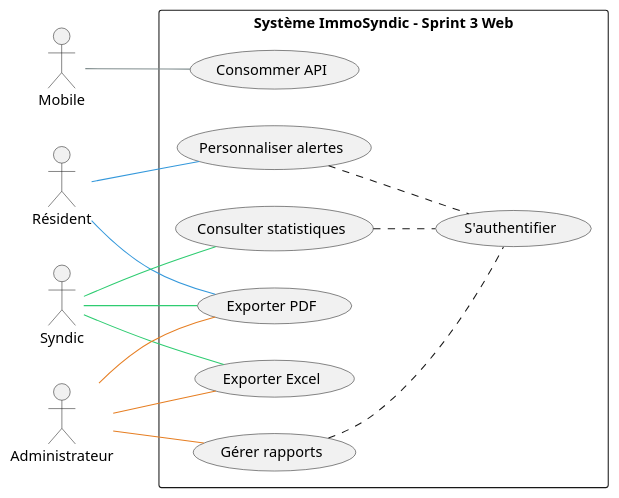
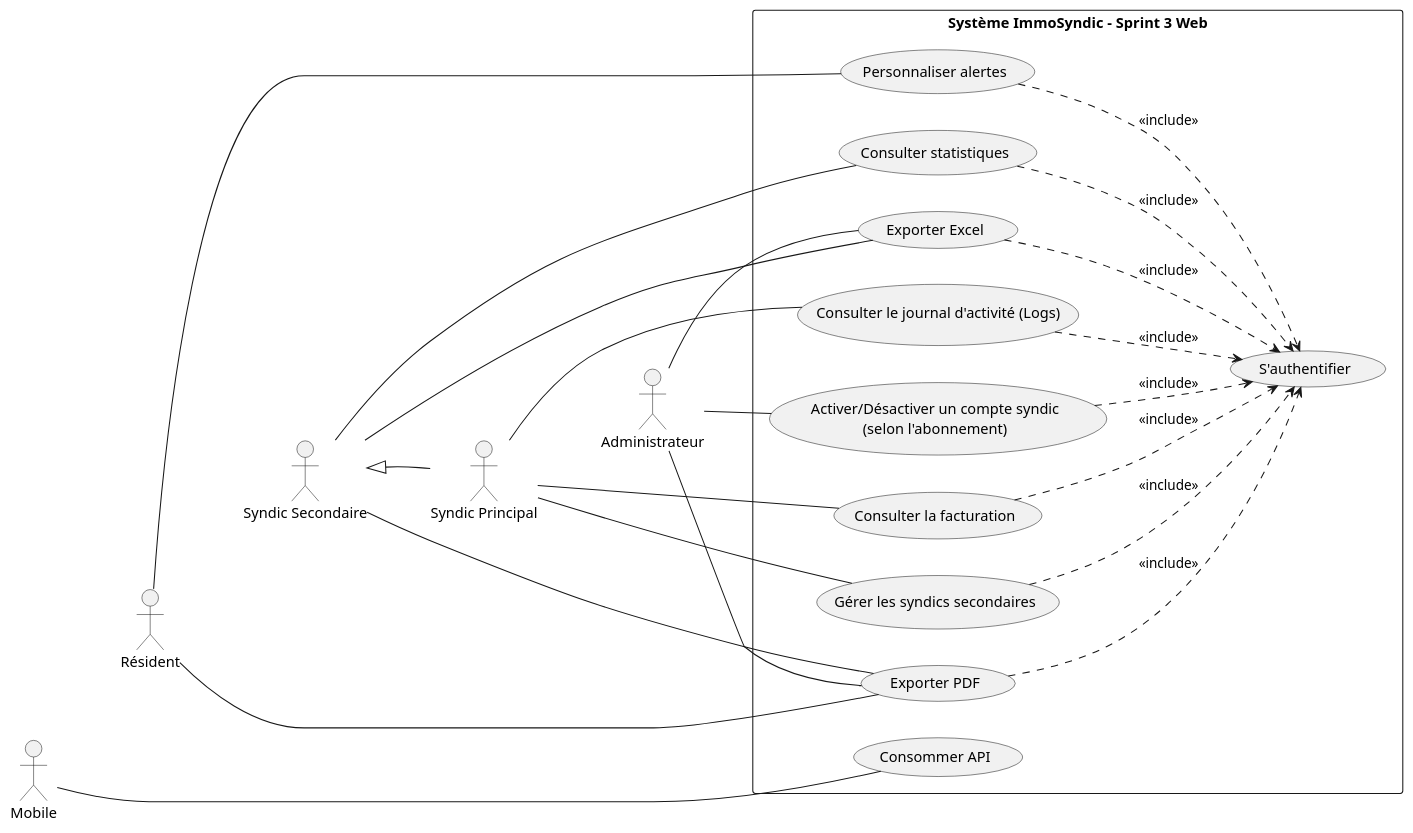
One commit to fadna-lakhouchen/Projet-finale changed the diagram in analyse/ideation/cas_utilisation/use_case_sprint3.puml. Above: the diagram before and after it, drawn with PlantUML. The commit also changed 42 other files, not shown here.

```diff
--- a/analyse/ideation/cas_utilisation/use_case_sprint3.puml
+++ b/analyse/ideation/cas_utilisation/use_case_sprint3.puml
@@ -1,55 +1,74 @@
 @startuml ImmoSyndic_Sprint3_Final
 left to right direction
 skinparam packageStyle rectangle
 skinparam shadowing false
 
 actor "Mobile" as Mobile
 actor "Résident" as Resident
-actor "Syndic" as Syndic
+actor "Syndic Secondaire" as SyndicSec
+actor "Syndic Principal" as SyndicPri
 actor "Administrateur" as Admin
+
+' Force layout alignment
+Mobile -[hidden]down- Resident
+Resident -[hidden]down- SyndicSec
+SyndicSec -[hidden]down- SyndicPri
+SyndicPri -[hidden]down- Admin
+
+' Le Syndic Principal hérite du Syndic Secondaire
+SyndicPri -up-|> SyndicSec
 
 rectangle "Système ImmoSyndic - Sprint 3 Web" {
 
   ' Auth
   usecase "S'authentifier" as Auth
 
   ' API
   usecase "Consommer API" as ProvideAPI
 
   ' Résident
   usecase "Personnaliser alertes" as SetAlerts
 
   ' Syndic
   usecase "Consulter statistiques" as ViewStats
+  usecase "Gérer les syndics secondaires" as ManageSecondaries
+  usecase "Consulter le journal d'activité (Logs)" as ViewLogs
+  usecase "Consulter la facturation" as ManageSubscription
 
   ' Admin
-  usecase "Gérer rapports" as ViewLogs
+  usecase "Activer/Désactiver un compte syndic\n(selon l'abonnement)" as ToggleSyndicStatus
 
-  ' Shared use cases
+  ' Shared use cases (Exports)
   usecase "Exporter Excel" as ExportExcel
   usecase "Exporter PDF" as ExportPDF
 
-  ' includes (خفيفين)
-  SetAlerts .. Auth
-  ViewStats .. Auth
-  ViewLogs .. Auth
+  ' includes
+  SetAlerts ..> Auth : <<include>>
+  ViewStats ..> Auth : <<include>>
+  ManageSecondaries ..> Auth : <<include>>
+  ViewLogs ..> Auth : <<include>>
+  ManageSubscription ..> Auth : <<include>>
+  ToggleSyndicStatus ..> Auth : <<include>>
+  ExportExcel ..> Auth : <<include>>
+  ExportPDF ..> Auth : <<include>>
 }
 
-' 🔵 Résident (BLUE)
-Resident -[#3498DB]- SetAlerts
-Resident -[#3498DB]- ExportPDF
+' Actors connections
+Mobile -- ProvideAPI
 
-' 🟢 Syndic (GREEN)
-Syndic -[#2ECC71]- ViewStats
-Syndic -[#2ECC71]- ExportExcel
-Syndic -[#2ECC71]- ExportPDF
+Resident -- SetAlerts
+Resident -- ExportPDF
 
-' 🟠 Admin (ORANGE)
-Admin -[#E67E22]- ViewLogs
-Admin -[#E67E22]- ExportExcel
-Admin -[#E67E22]- ExportPDF
+SyndicSec -- ViewStats
+SyndicSec -- ExportExcel
+SyndicSec -- ExportPDF
 
-' ⚫ Mobile (GRAY)
-Mobile -[#7F8C8D]- ProvideAPI
+SyndicPri -- ManageSecondaries
+SyndicPri -- ViewLogs
+SyndicPri -- ManageSubscription
+
+Admin -- ToggleSyndicStatus
+Admin -- ExportExcel
+Admin -- ExportPDF
 
 @enduml
```
